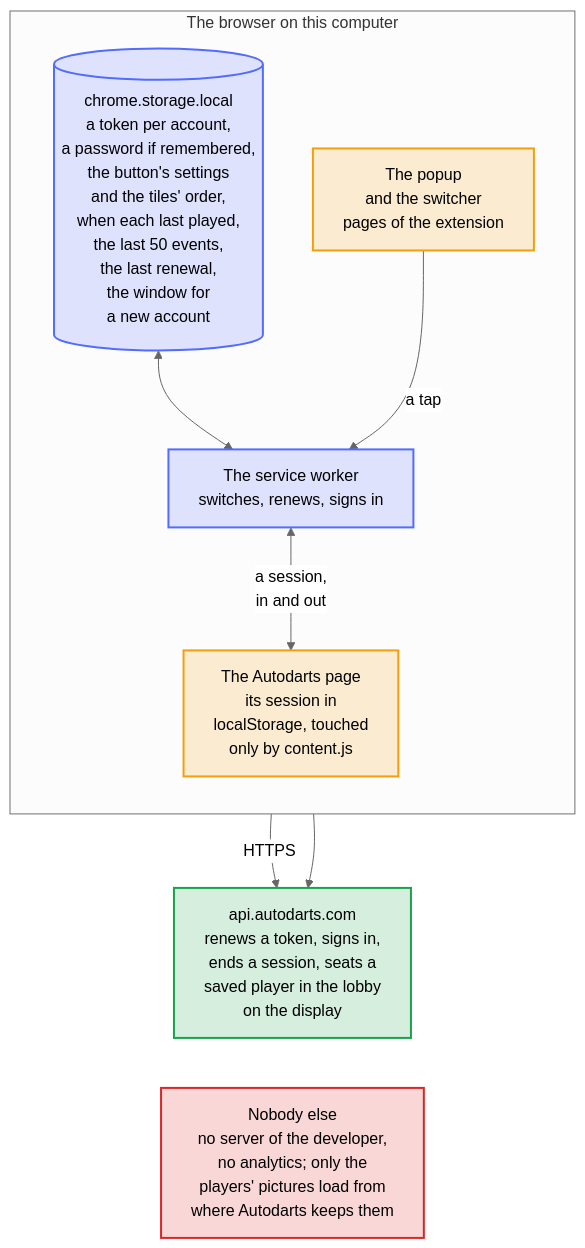
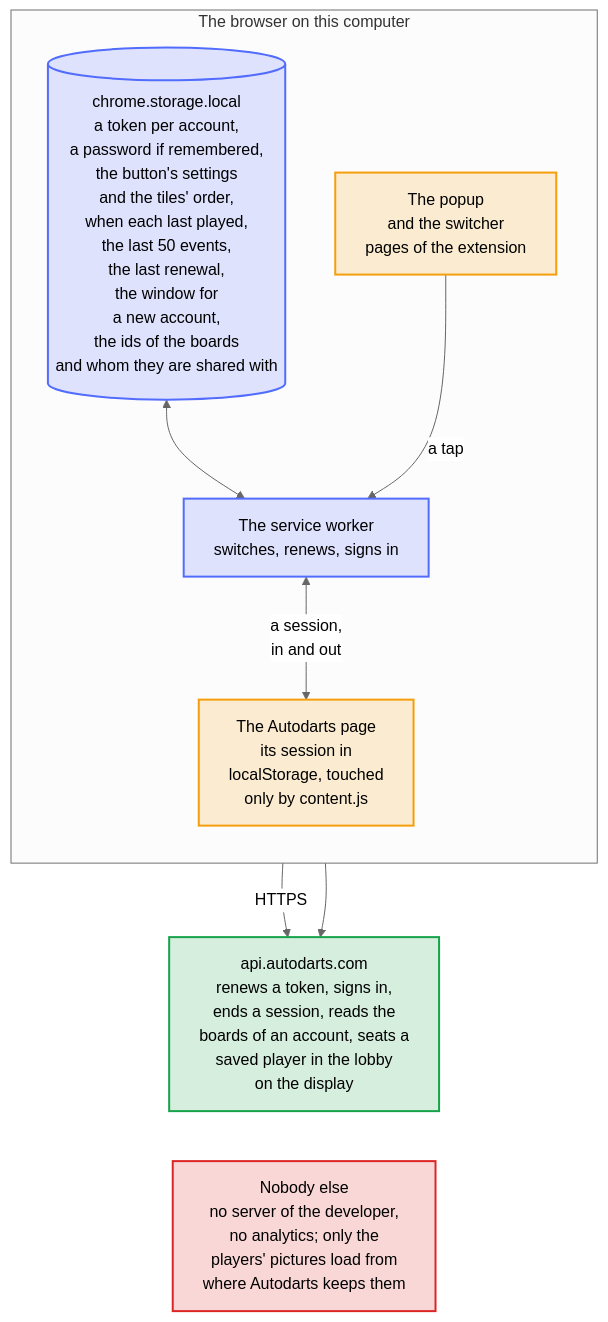
Before and after one commit to Dennis-Otto/player-switch-for-autodarts: the diagram in docs/diagrams/data-flow.mmd, drawn with Mermaid (neutral theme). The commit also changed 63 other files, not shown here.

```diff
--- a/docs/diagrams/data-flow.mmd
+++ b/docs/diagrams/data-flow.mmd
@@ -1,34 +1,34 @@
 ---
 config:
   flowchart:
     wrappingWidth: 400
 ---
 flowchart TB
     accTitle: Where the data goes
-    accDescr: Everything stays in the browser on this computer. The popup and the switcher ask the service worker, which keeps a token per account, a password only when one is remembered, the settings of the button and the order of the tiles, when each account last played, the last 50 events of the extension without a name or a secret, the time of the last renewal, whether Autodarts turned every account away in it, and until when a new account is being added in chrome.storage.local. It moves a session into the Autodarts page and reads the outgoing one out of it only through content.js, the one script that reads or writes the session in the page's localStorage. To renew a token, sign in with a password, end a session or seat a saved player in the lobby on the display, with a fresh token, the username and the account id of that player, it talks to api.autodarts.com over HTTPS, the same service the Autodarts page itself uses. The popup and the switcher show each player's picture from the address Autodarts gives for it. Nothing else goes anywhere: no server of the developer, no analytics; Help and Report a problem only open a page in a new tab.
+    accDescr: Everything stays in the browser on this computer. The popup and the switcher ask the service worker, which keeps a token per account, a password only when one is remembered, the settings of the button and the order of the tiles, when each account last played, the last 50 events of the extension without a name or a secret, the time of the last renewal, whether Autodarts turned every account away in it, and until when a new account is being added, and the ids of the boards each account sees and of the accounts they are shared with, never their names, in chrome.storage.local. It moves a session into the Autodarts page and reads the outgoing one out of it only through content.js, the one script that reads or writes the session in the page's localStorage. To renew a token, sign in with a password, end a session, read the boards that an account sees or seat a saved player in the lobby on the display, with a fresh token, the username and the account id of that player, it talks to api.autodarts.com over HTTPS, the same service the Autodarts page itself uses. The popup and the switcher show each player's picture from the address Autodarts gives for it. Nothing else goes anywhere: no server of the developer, no analytics; Help and Report a problem only open a page in a new tab.
 
     subgraph computer ["The browser on this computer"]
         direction TB
         ui["The popup<br>and the switcher<br>pages of the extension"]
         worker["The service worker<br>switches, renews, signs in"]
-        storage[("chrome.storage.local<br>a token per account,<br>a password if remembered,<br>the button's settings<br>and the tiles' order,<br>when each last played,<br>the last 50 events,<br>the last renewal,<br>the window for<br>a new account")]
+        storage[("chrome.storage.local<br>a token per account,<br>a password if remembered,<br>the button's settings<br>and the tiles' order,<br>when each last played,<br>the last 50 events,<br>the last renewal,<br>the window for<br>a new account,<br>the ids of the boards<br>and whom they are shared with")]
         page["The Autodarts page<br>its session in<br>localStorage, touched<br>only by content.js"]
         storage <--> worker
         ui -- "a tap" --> worker
         worker <-- "a session,<br>in and out" --> page
     end
-    api["api.autodarts.com<br>renews a token, signs in,<br>ends a session, seats a<br>saved player in the lobby<br>on the display"]
+    api["api.autodarts.com<br>renews a token, signs in,<br>ends a session, reads the<br>boards of an account, seats a<br>saved player in the lobby<br>on the display"]
     nobody["Nobody else<br>no server of the developer,<br>no analytics; only the<br>players' pictures load from<br>where Autodarts keeps them"]
 
     worker -- "HTTPS" --> api
     page --> api
     api ~~~ nobody
 
     classDef bot fill:#526cfe2e,stroke:#526cfe,stroke-width:2px
     classDef done fill:#16a34a2e,stroke:#16a34a,stroke-width:2px
     classDef person fill:#f59e0b2e,stroke:#f59e0b,stroke-width:2px
     classDef failed fill:#dc26262e,stroke:#dc2626,stroke-width:2px
     class ui,page person
     class worker,storage bot
     class api done
     class nobody failed
```
